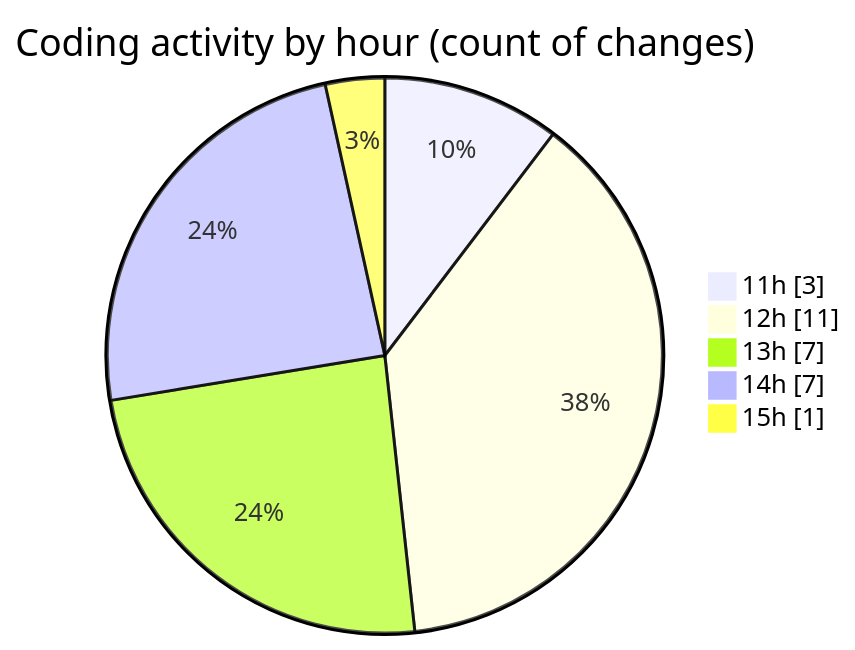
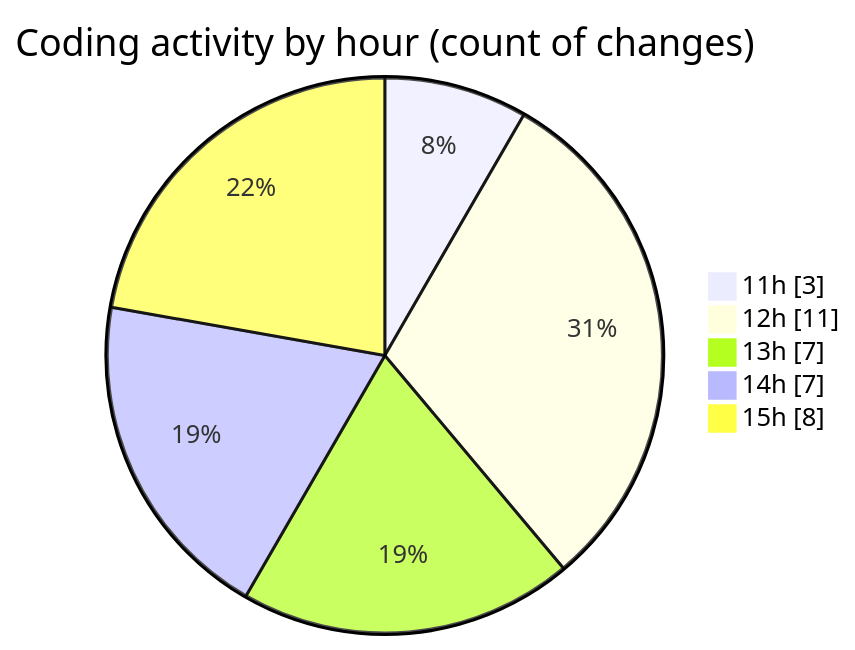
One commit to nxtqubesakshisongat/code-tracking changed the second of 2 diagrams in 2026-03-25/nxtqube_webapp/README.md. Above: the diagram before and after it, drawn with Mermaid. The commit also changed other lines of this file and 1 other file, not shown here.

````diff
--- a/2026-03-25/nxtqube_webapp/README.md
+++ b/2026-03-25/nxtqube_webapp/README.md
@@ -35,9 +35,9 @@
 ```mermaid
 pie showData
 title Coding activity by hour (count of changes)
 "11h" : 3
 "12h" : 11
 "13h" : 7
 "14h" : 7
-"15h" : 1
+"15h" : 8
 ```
````
